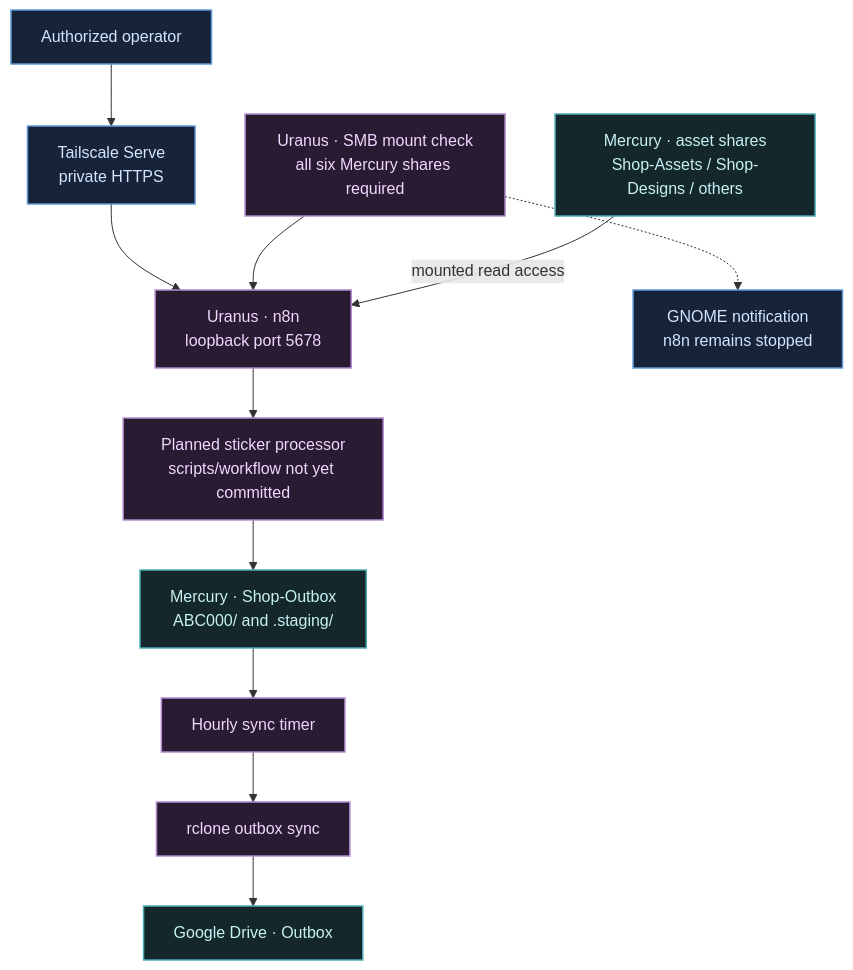
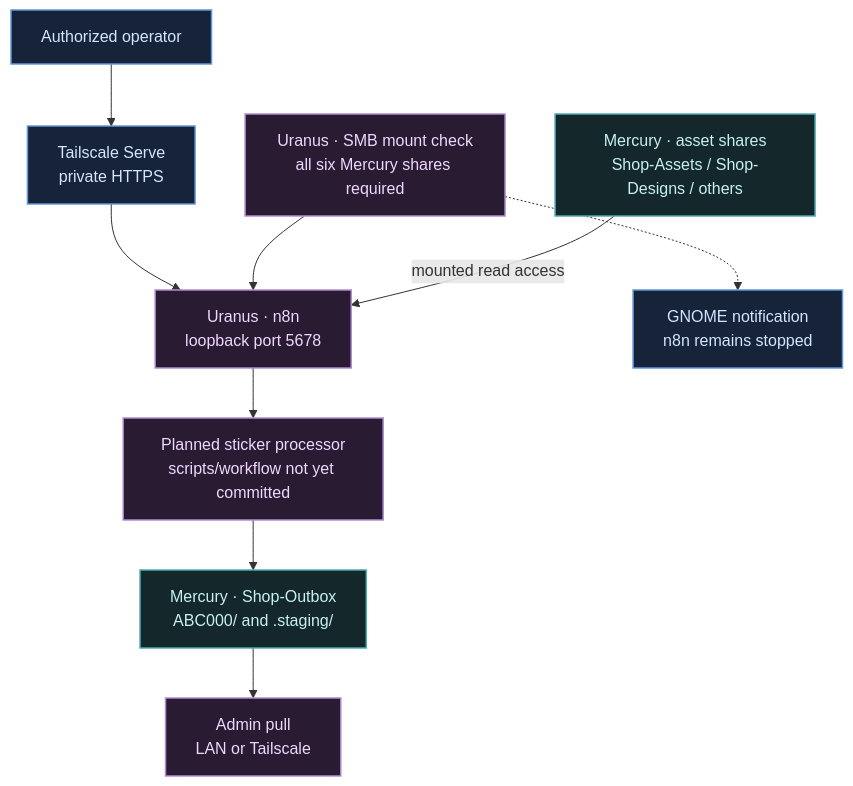
Before and after one commit to CamelliaSnowFlower/nix-config: the third of 3 diagrams in README.md, drawn with Mermaid. The commit also changed other lines of this file and 11 other files, not shown here.

First line of the commit message:
Replace Google Drive outbox sync with Tailscale for artist drop-off and admin pull

````diff
--- a/README.md
+++ b/README.md
@@ -74,20 +74,18 @@
 ```mermaid
 flowchart TB
     Operator["Authorized operator"] --> Tailnet["Tailscale Serve<br/>private HTTPS"]
     Tailnet --> N8N["Uranus · n8n<br/>loopback port 5678"]
     Mounts["Uranus · SMB mount check<br/>all six Mercury shares required"] --> N8N
     Assets["Mercury · asset shares<br/>Shop-Assets / Shop-Designs / others"] -->|"mounted read access"| N8N
     N8N --> Process["Planned sticker processor<br/>scripts/workflow not yet committed"]
     Process --> Outbox["Mercury · Shop-Outbox<br/>ABC000/ and .staging/"]
-    Outbox --> Timer["Hourly sync timer"]
-    Timer --> Rclone["rclone outbox sync"]
-    Rclone --> Drive["Google Drive · Outbox"]
+    Outbox --> Pull["Admin pull<br/>LAN or Tailscale"]
     Mounts -.-> Notify["GNOME notification<br/>n8n remains stopped"]
 
     classDef profile fill:#172338,stroke:#6098d8,color:#d3e5ff,stroke-width:1.5px;
     classDef service fill:#291b32,stroke:#b28bd0,color:#f0d7ff,stroke-width:1.5px;
     classDef data fill:#14272b,stroke:#4eabb4,color:#c7f1f3,stroke-width:1.5px;
     class Operator,Tailnet,Notify profile;
-    class N8N,Mounts,Process,Timer,Rclone service;
-    class Assets,Outbox,Drive data;
+    class N8N,Mounts,Process,Pull service;
+    class Assets,Outbox data;
 ```
````
